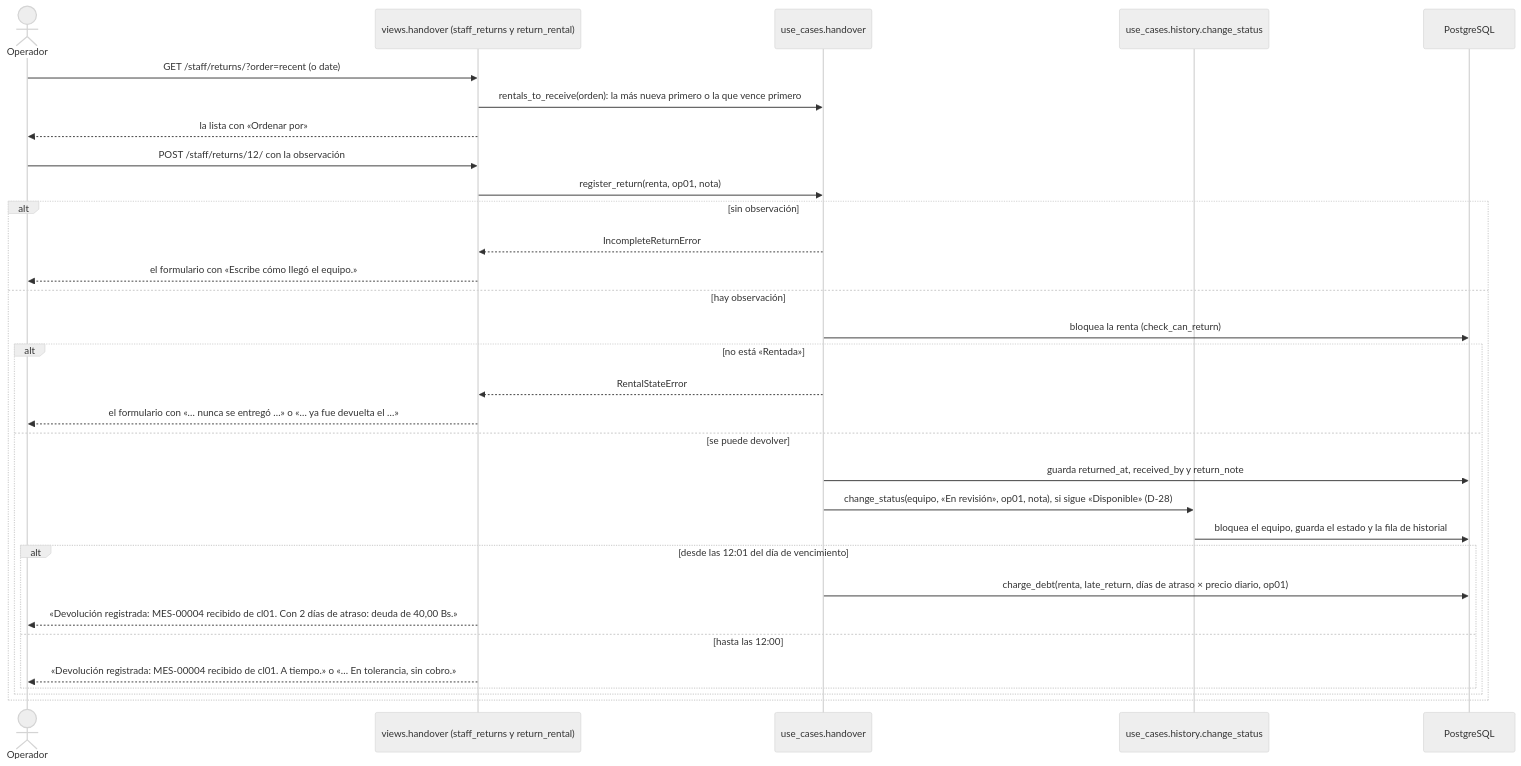
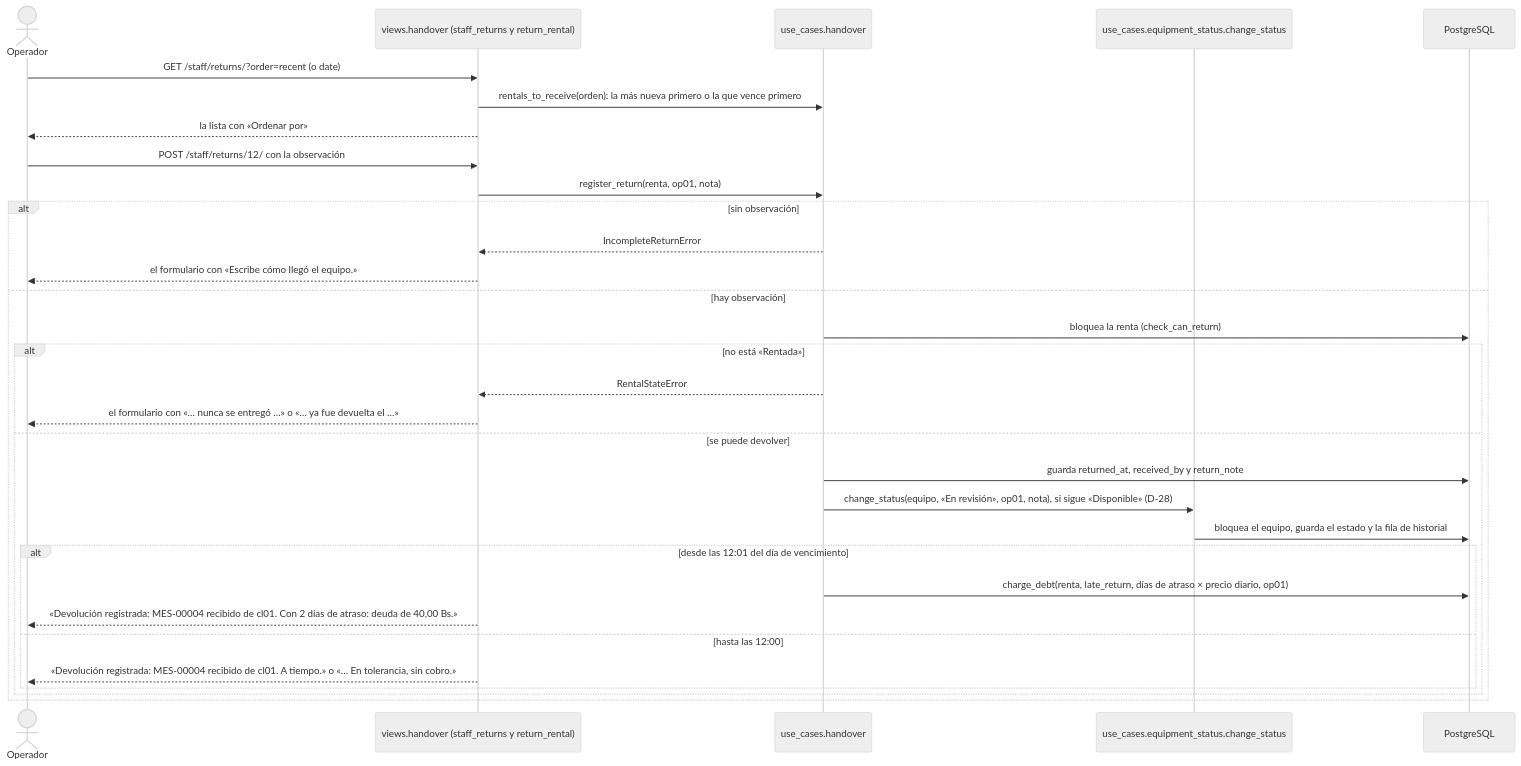
One commit to peterteranb/astra-rent-system changed diagram 18 of 38 in docs/casos-de-uso.md. Above: the diagram before and after it, drawn with Mermaid (neutral theme). The commit also changed other lines of this file and 30 other files, not shown here.

````diff
--- a/docs/casos-de-uso.md
+++ b/docs/casos-de-uso.md
@@ -667,33 +667,33 @@
 ```mermaid
 sequenceDiagram
     actor O as Operador
     participant V as views.handover (staff_returns y return_rental)
     participant U as use_cases.handover
-    participant H as use_cases.history.change_status
+    participant H as use_cases.equipment_status.change_status
     participant BD as PostgreSQL
     O->>V: GET /staff/returns/?order=recent (o date)
     V->>U: rentals_to_receive(orden): la más nueva primero o la que vence primero
     V-->>O: la lista con «Ordenar por»
     O->>V: POST /staff/returns/12/ con la observación
     V->>U: register_return(renta, op01, nota)
     alt sin observación
         U-->>V: IncompleteReturnError
         V-->>O: el formulario con «Escribe cómo llegó el equipo.»
     else hay observación
         U->>BD: bloquea la renta (check_can_return)
         alt no está «Rentada»
             U-->>V: RentalStateError
             V-->>O: el formulario con «… nunca se entregó …» o «… ya fue devuelta el …»
         else se puede devolver
             U->>BD: guarda returned_at, received_by y return_note
             U->>H: change_status(equipo, «En revisión», op01, nota), si sigue «Disponible» (D-28)
             H->>BD: bloquea el equipo, guarda el estado y la fila de historial
             alt desde las 12:01 del día de vencimiento
                 U->>BD: charge_debt(renta, late_return, días de atraso × precio diario, op01)
                 V-->>O: «Devolución registrada: MES-00004 recibido de cl01. Con 2 días de atraso: deuda de 40,00 Bs.»
             else hasta las 12:00
                 V-->>O: «Devolución registrada: MES-00004 recibido de cl01. A tiempo.» o «… En tolerancia, sin cobro.»
             end
         end
     end
 ```
````
